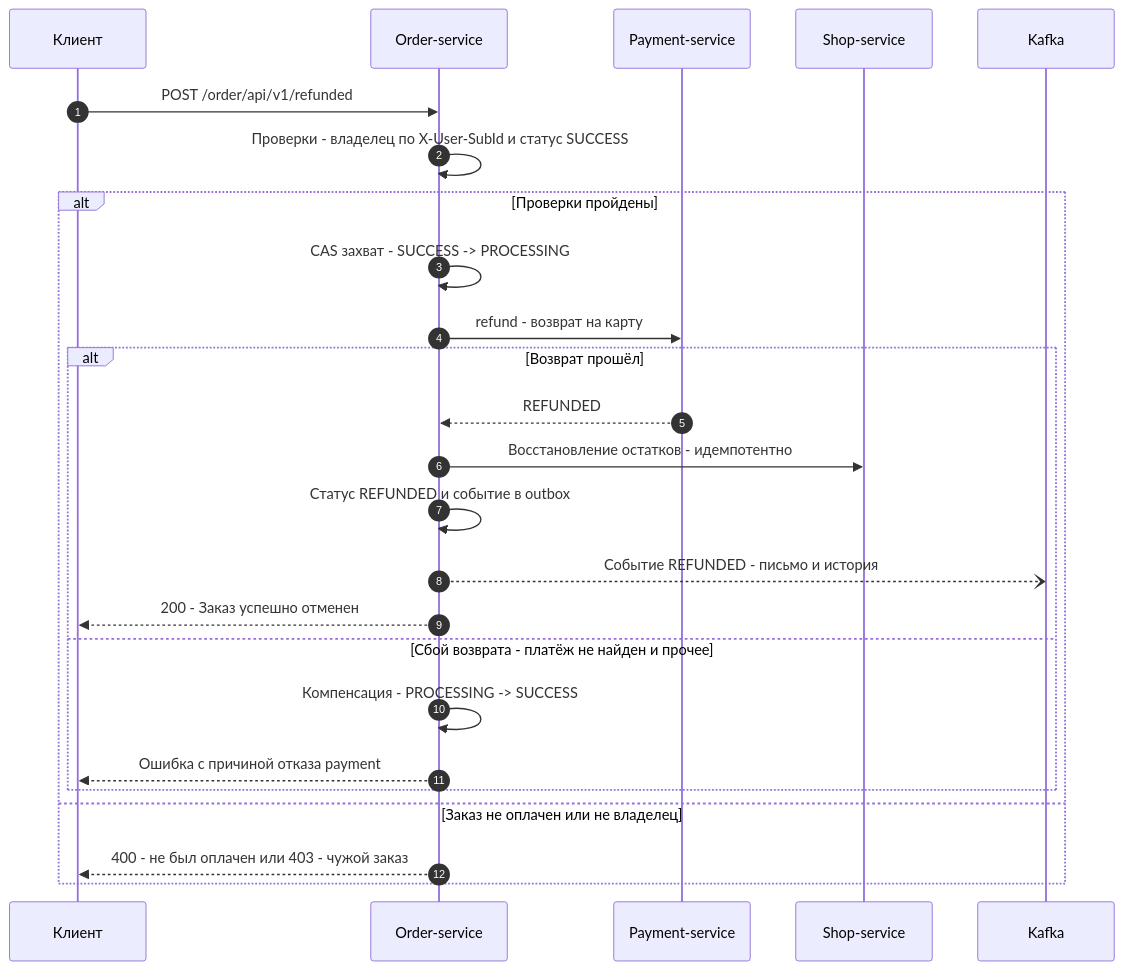
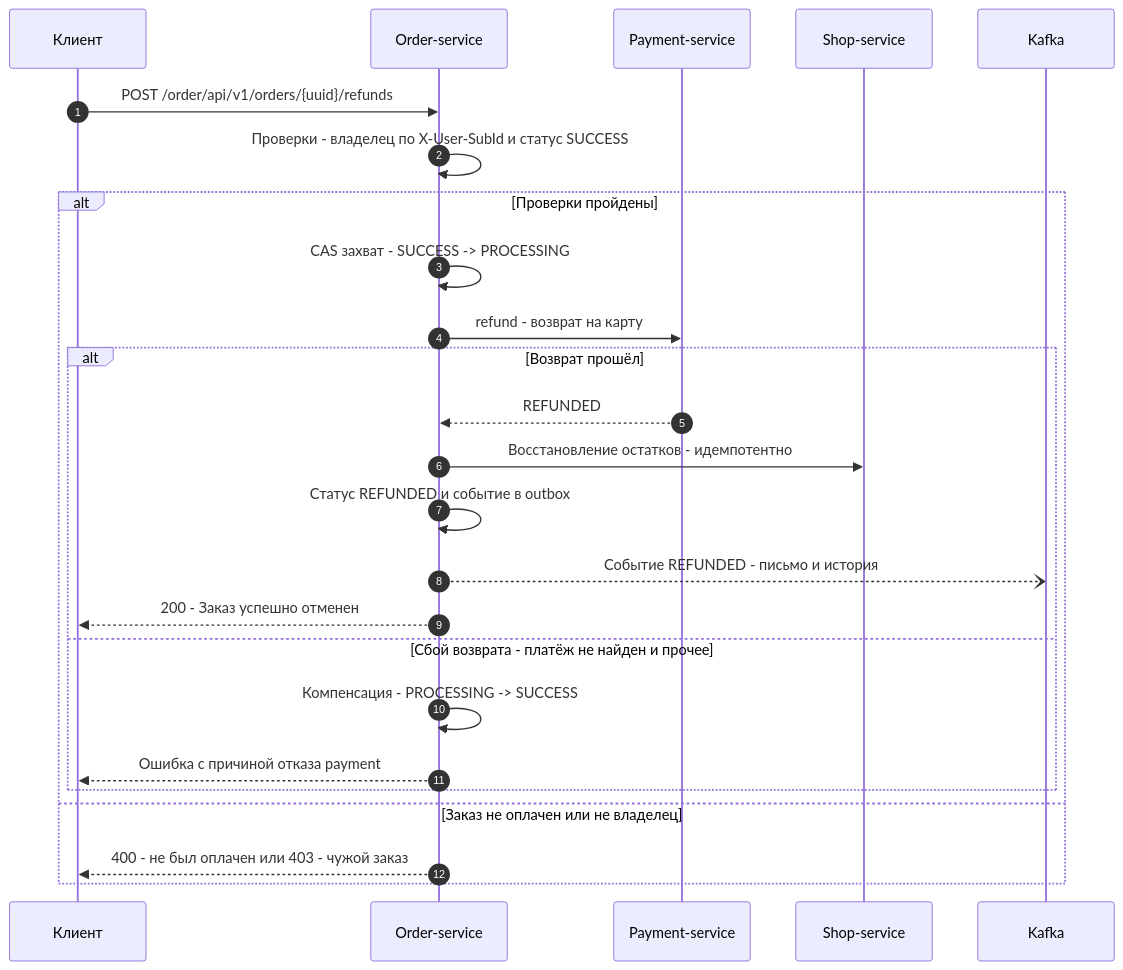
One commit to Sergistan/spring-microservices changed the fifth of 9 diagrams in README.md. Above: the diagram before and after it, drawn with Mermaid. The commit also changed other lines of this file and 14 other files, not shown here.

````diff
--- a/README.md
+++ b/README.md
@@ -524,28 +524,28 @@
 ```mermaid
 sequenceDiagram
     autonumber
     participant C as Клиент
     participant O as Order-service
     participant P as Payment-service
     participant S as Shop-service
     participant K as Kafka
 
-    C->>O: POST /order/api/v1/refunded
+    C->>O: POST /order/api/v1/orders/{uuid}/refunds
     O->>O: Проверки - владелец по X-User-SubId и статус SUCCESS
     alt Проверки пройдены
         O->>O: CAS захват - SUCCESS -> PROCESSING
         O->>P: refund - возврат на карту
         alt Возврат прошёл
             P-->>O: REFUNDED
             O->>S: Восстановление остатков - идемпотентно
             O->>O: Статус REFUNDED и событие в outbox
             O--)K: Событие REFUNDED - письмо и история
             O-->>C: 200 - Заказ успешно отменен
         else Сбой возврата - платёж не найден и прочее
             O->>O: Компенсация - PROCESSING -> SUCCESS
             O-->>C: Ошибка с причиной отказа payment
         end
     else Заказ не оплачен или не владелец
         O-->>C: 400 - не был оплачен или 403 - чужой заказ
     end
 ```
````
